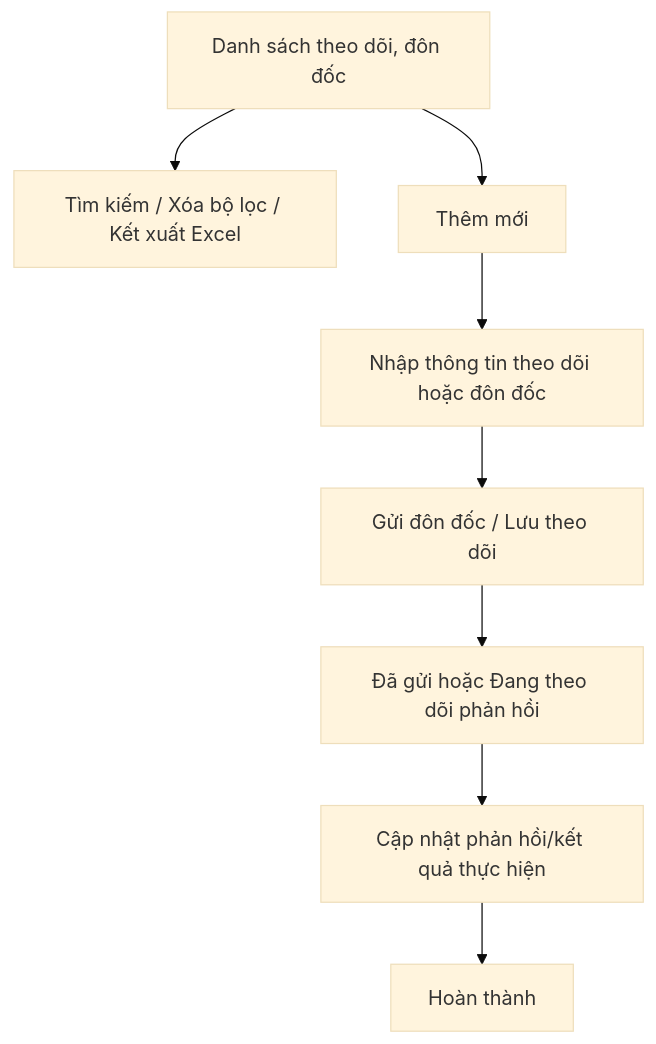
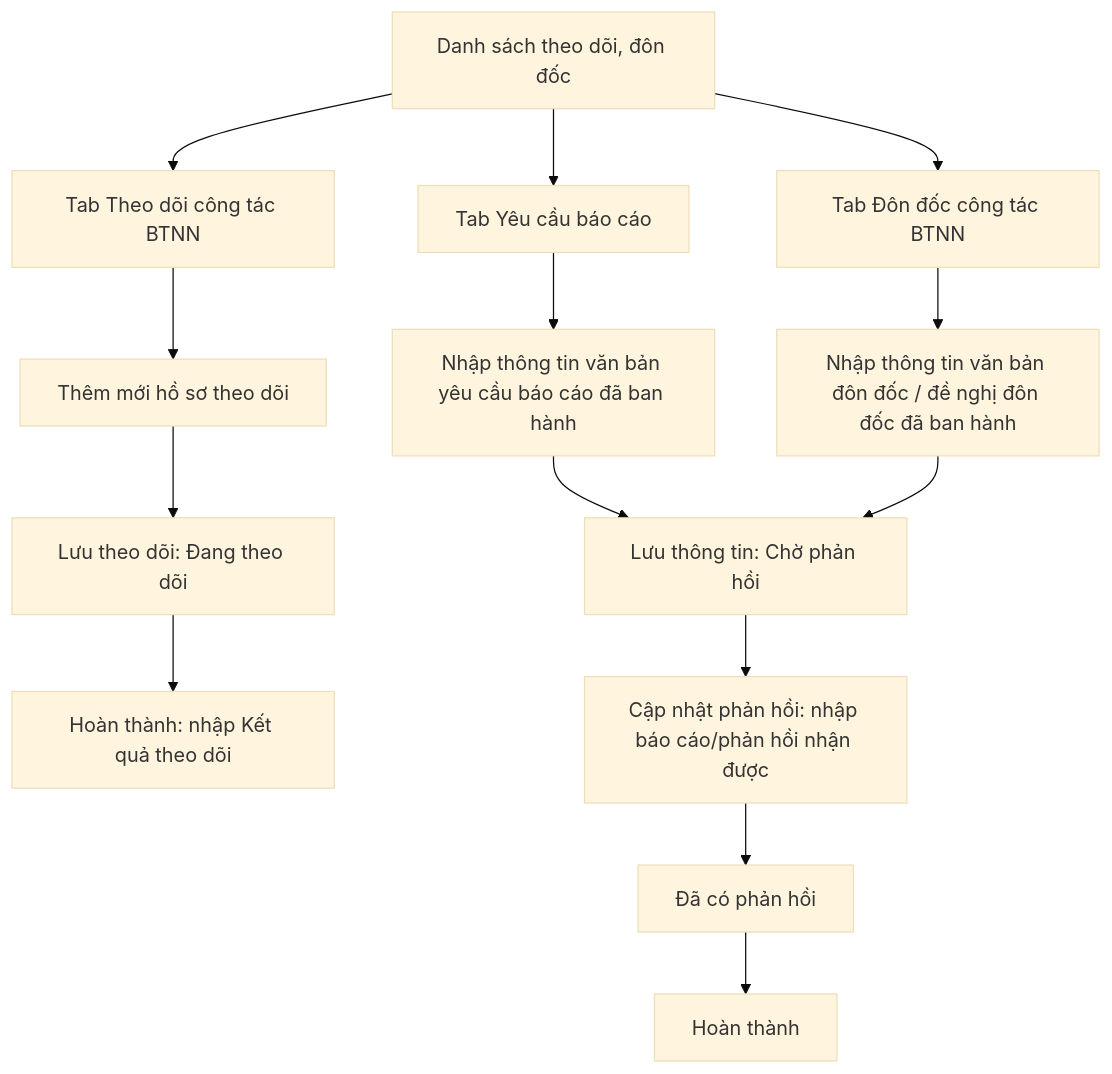
The diagram in Tai lieu phan tich/03_Website_Quan_tri/03_Cong_tac_boi_thuong/SRS_BTNN_DungChung_BTP_STP_TheoDoi_DonDoc.md (huyendt2007/BPBD_UI), drawn with Mermaid (base theme) before and after one commit. The commit also changed other lines of this file and 135 other files, not shown here.

````diff
--- a/Tai lieu phan tich/03_Website_Quan_tri/03_Cong_tac_boi_thuong/SRS_BTNN_DungChung_BTP_STP_TheoDoi_DonDoc.md
+++ b/Tai lieu phan tich/03_Website_Quan_tri/03_Cong_tac_boi_thuong/SRS_BTNN_DungChung_BTP_STP_TheoDoi_DonDoc.md
@@ -23,10 +33,10 @@
 ```mermaid
 flowchart TD
-    A[Danh sách theo dõi, đôn đốc] --> B[Tìm kiếm / Xóa bộ lọc / Kết xuất Excel]
-    A --> C[Thêm mới]
-    C --> D[Nhập thông tin theo dõi hoặc đôn đốc]
-    D --> F[Gửi đôn đốc / Lưu theo dõi]
-    F --> G[Đã gửi hoặc Đang theo dõi phản hồi]
-    G --> H[Cập nhật phản hồi/kết quả thực hiện]
-    H --> I[Hoàn thành]
+    A[Danh sách theo dõi, đôn đốc] --> T1[Tab Theo dõi công tác BTNN]
+    A --> T2[Tab Yêu cầu báo cáo]
+    A --> T3[Tab Đôn đốc công tác BTNN]
+    T1 --> N1[Thêm mới hồ sơ theo dõi] --> S1["Lưu theo dõi: Đang theo dõi"] --> H1[Hoàn thành: nhập Kết quả theo dõi]
+    T2 --> N2[Nhập thông tin văn bản yêu cầu báo cáo đã ban hành] --> S2["Lưu thông tin: Chờ phản hồi"]
+    T3 --> N3[Nhập thông tin văn bản đôn đốc / đề nghị đôn đốc đã ban hành] --> S2
+    S2 --> R[Cập nhật phản hồi: nhập báo cáo/phản hồi nhận được] --> S3["Đã có phản hồi"] --> H2[Hoàn thành]
 ```
````
